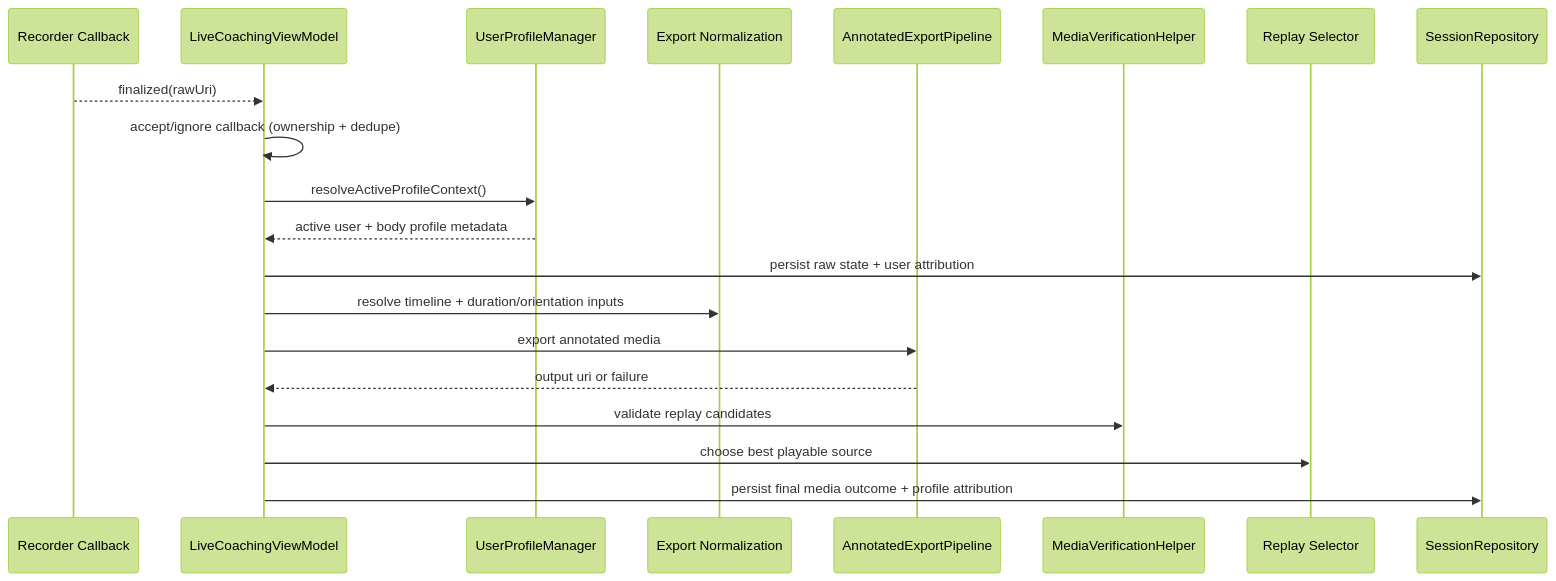
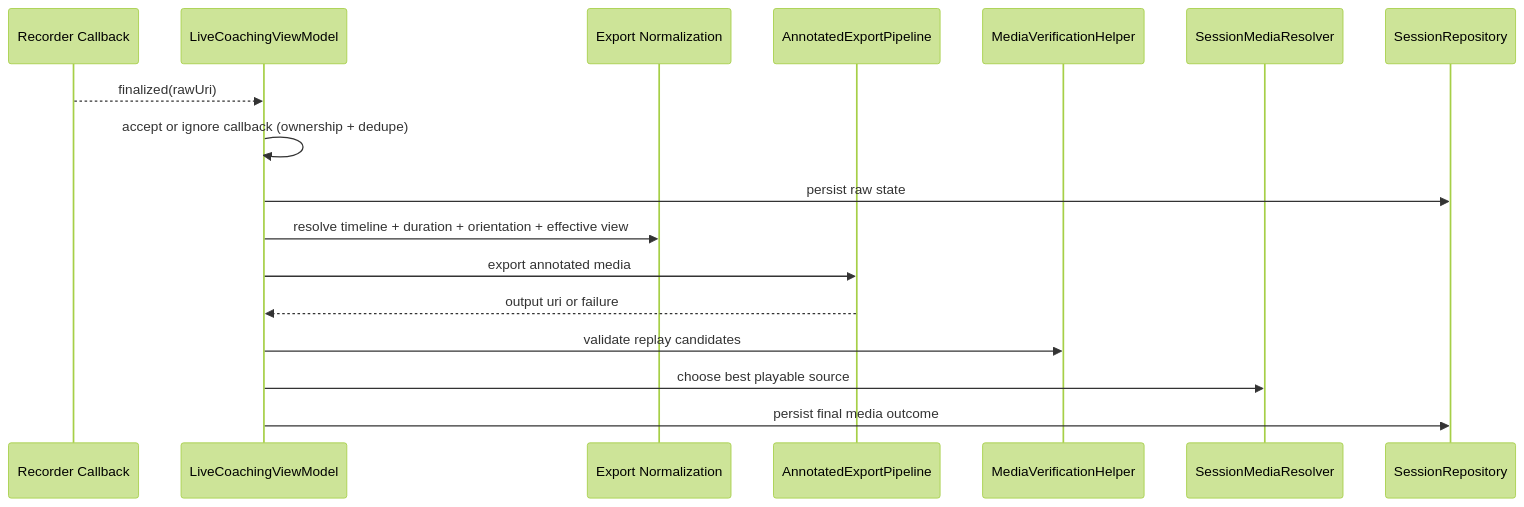
Before and after one commit to Voycepeh/Handstand-App: the diagram in docs/diagrams/sequence-export-finalization.md, drawn with Mermaid (forest theme). The commit also changed 14 other files, not shown here.

Commit message:
docs: realign repo docs and diagrams with current drill-centric workflows

````diff
--- a/docs/diagrams/sequence-export-finalization.md
+++ b/docs/diagrams/sequence-export-finalization.md
@@ -3,23 +3,20 @@
 ```mermaid
 sequenceDiagram
-  participant REC as Recorder Callback
-  participant VM as LiveCoachingViewModel
-  participant UPM as UserProfileManager
-  participant NORM as Export Normalization
-  participant EXP as AnnotatedExportPipeline
-  participant VERIFY as MediaVerificationHelper
-  participant SEL as Replay Selector
-  participant REPO as SessionRepository
+    participant REC as Recorder Callback
+    participant VM as LiveCoachingViewModel
+    participant NORM as Export Normalization
+    participant EXP as AnnotatedExportPipeline
+    participant VERIFY as MediaVerificationHelper
+    participant RES as SessionMediaResolver
+    participant REPO as SessionRepository
 
-  REC-->>VM: finalized(rawUri)
-  VM->>VM: accept/ignore callback (ownership + dedupe)
-  VM->>UPM: resolveActiveProfileContext()
-  UPM-->>VM: active user + body profile metadata
-  VM->>REPO: persist raw state + user attribution
-  VM->>NORM: resolve timeline + duration/orientation inputs
-  VM->>EXP: export annotated media
-  EXP-->>VM: output uri or failure
-  VM->>VERIFY: validate replay candidates
-  VM->>SEL: choose best playable source
-  VM->>REPO: persist final media outcome + profile attribution
+    REC-->>VM: finalized(rawUri)
+    VM->>VM: accept or ignore callback (ownership + dedupe)
+    VM->>REPO: persist raw state
+    VM->>NORM: resolve timeline + duration + orientation + effective view
+    VM->>EXP: export annotated media
+    EXP-->>VM: output uri or failure
+    VM->>VERIFY: validate replay candidates
+    VM->>RES: choose best playable source
+    VM->>REPO: persist final media outcome
 ```
````
